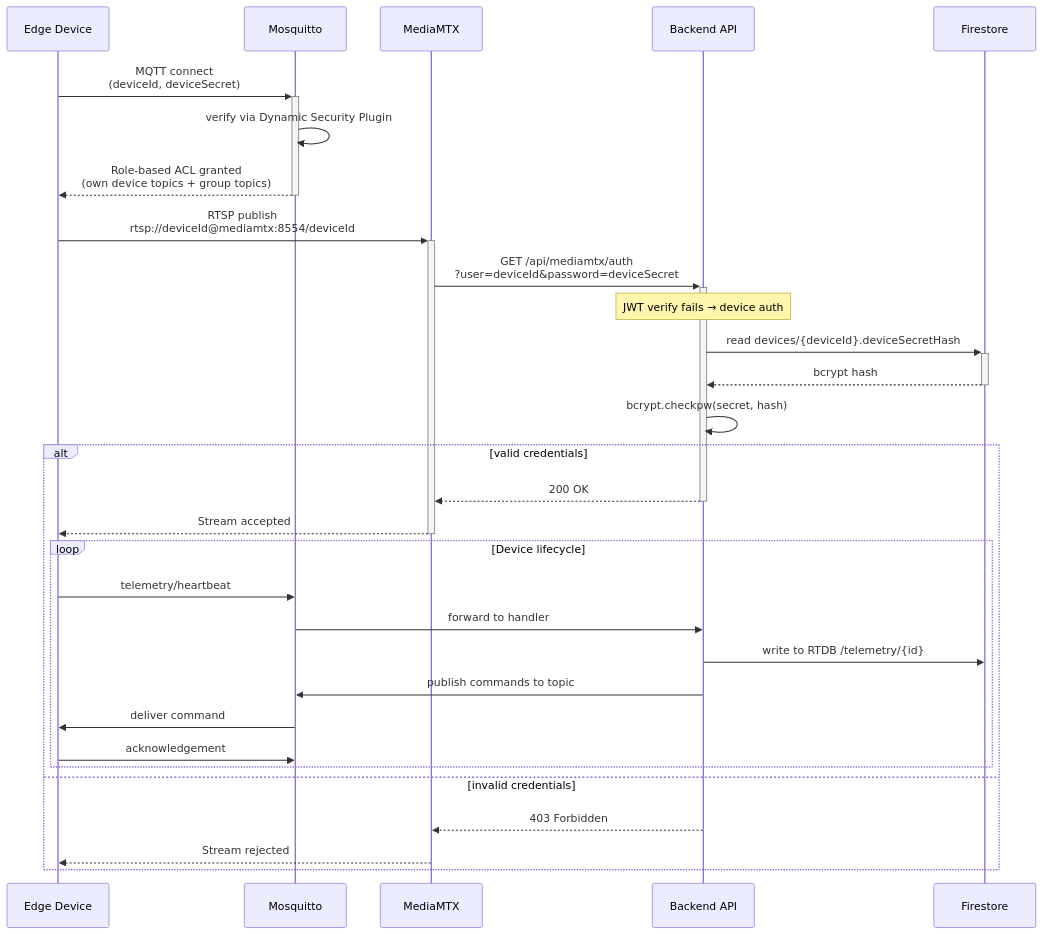
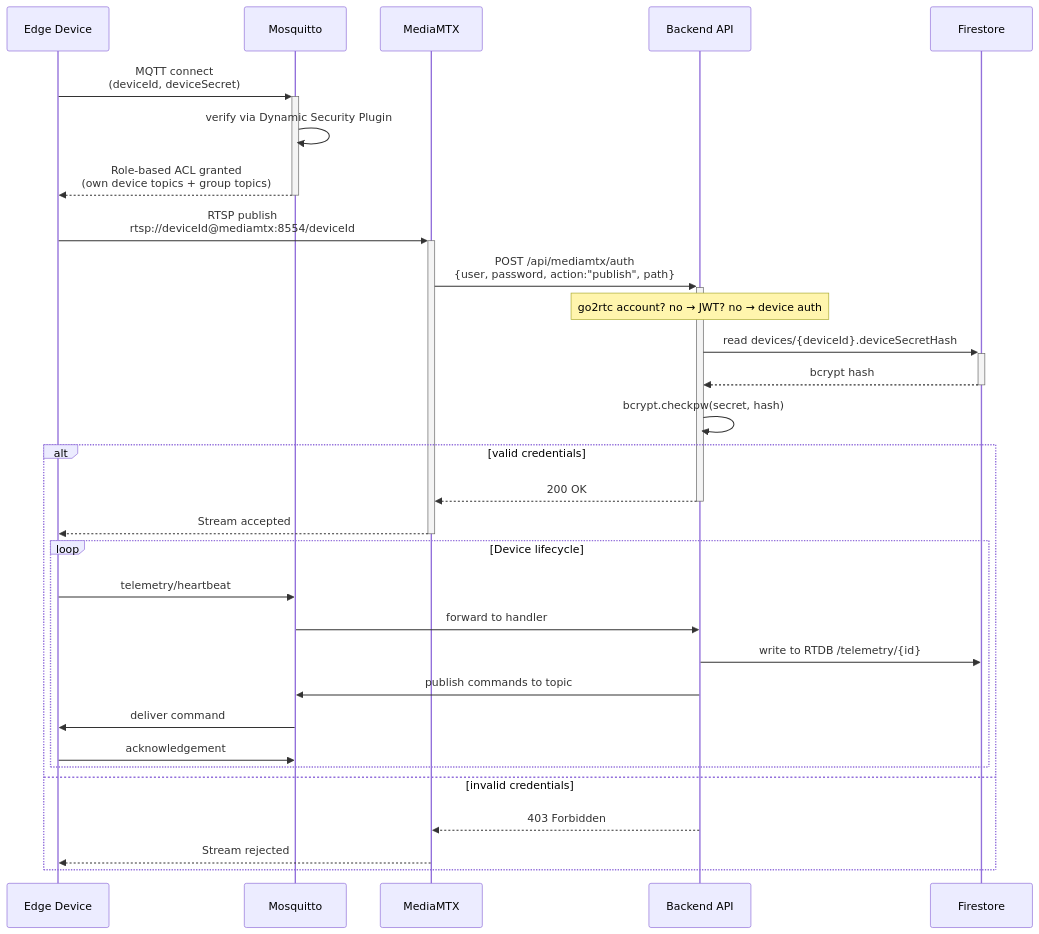
Before and after one commit to vclane/vclane-docs: the second of 2 diagrams in docs/server-integration.md, drawn with Mermaid. The commit also changed other lines of this file and 9 other files, not shown here.

Commit message:
docs: go2rtc low-latency WebRTC + edge publish-rate fix (2.14.0)

````diff
--- a/docs/server-integration.md
+++ b/docs/server-integration.md
@@ -169,37 +354,37 @@
 ```mermaid
 sequenceDiagram
     participant Edge as Edge Device
     participant MQTT as Mosquitto
     participant MTX as MediaMTX
     participant API as Backend API
     participant DB as Firestore
 
     Edge->>+MQTT: MQTT connect<br/>(deviceId, deviceSecret)
     MQTT->>MQTT: verify via Dynamic Security Plugin
     MQTT-->>-Edge: Role-based ACL granted<br/>(own device topics + group topics)
 
     Edge->>+MTX: RTSP publish<br/>rtsp://deviceId@mediamtx:8554/deviceId
-    MTX->>+API: GET /api/mediamtx/auth<br/>?user=deviceId&password=deviceSecret
-    Note over API: JWT verify fails → device auth
+    MTX->>+API: POST /api/mediamtx/auth<br/>{user, password, action:"publish", path}
+    Note over API: go2rtc account? no → JWT? no → device auth
 
     API->>+DB: read devices/{deviceId}.deviceSecretHash
     DB-->>-API: bcrypt hash
     API->>API: bcrypt.checkpw(secret, hash)
 
     alt valid credentials
         API-->>-MTX: 200 OK
         MTX-->>-Edge: Stream accepted
 
         loop Device lifecycle
             Edge->>MQTT: telemetry/heartbeat
             MQTT->>API: forward to handler
             API->>DB: write to RTDB /telemetry/{id}
             API->>MQTT: publish commands to topic
             MQTT->>Edge: deliver command
             Edge->>MQTT: acknowledgement
         end
     else invalid credentials
         API-->>MTX: 403 Forbidden
         MTX-->>Edge: Stream rejected
     end
 ```
````
